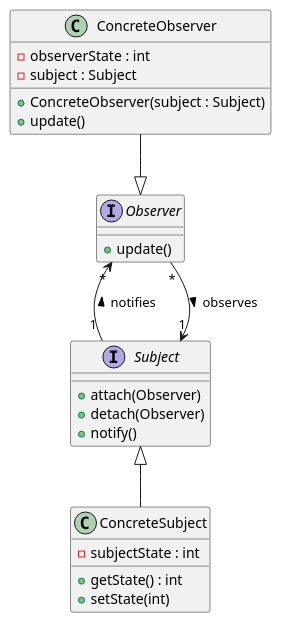
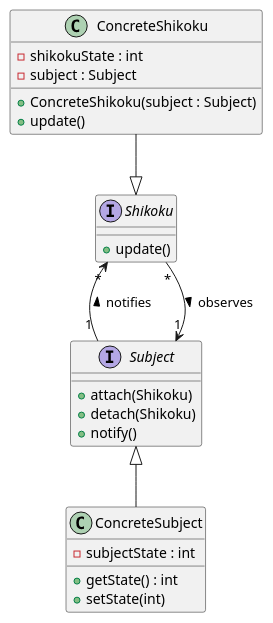
The diagram in dojo-dungeon/todo-assets/Fragen_Pattern/UML_Klassendiagramm6_source.pu (Dungeon-CampusMinden/Dungeon), drawn with PlantUML before and after one commit. The commit also changed 1 other file, not shown here.

Commit message:
modified:   dojo-dungeon/todo-assets/Fragen_Pattern/UML_Klassendiagramm6.png (names fixed) modified:   dojo-dungeon/todo-assets/Fragen_Pattern/UML_Klassendiagramm6_source.pu (names fixed)

```diff
--- a/dojo-dungeon/todo-assets/Fragen_Pattern/UML_Klassendiagramm6_source.pu
+++ b/dojo-dungeon/todo-assets/Fragen_Pattern/UML_Klassendiagramm6_source.pu
@@ -1,36 +1,36 @@
 @startuml UML_Klassendiagramm6.png
-' Definition der Interfaces
+' Interface Klassen
 interface Subject {
-    + attach(Observer)
-    + detach(Observer)
+    + attach(Shikoku)
+    + detach(Shikoku)
     + notify()
 }
 
-interface Observer {
+interface Shikoku {
     + update()
 }
 
-' Definition der konkreten Klassen
+' Konkrete Klassen
 class ConcreteSubject {
     - subjectState : int
     + getState() : int
     + setState(int)
 }
 
-class ConcreteObserver {
-    - observerState : int
+class ConcreteShikoku {
+    - shikokuState : int
     - subject : Subject
-    + ConcreteObserver(subject : Subject)
+    + ConcreteShikoku(subject : Subject)
     + update()
 }
 
 ' Vererbungen
-ConcreteObserver --|> Observer
+ConcreteShikoku --|> Shikoku
 Subject <|-- ConcreteSubject
 
 ' Assoziationen
-Observer -[hidden]- Subject
-Observer "*" <-- "1" Subject : notifies <
-Observer -[hidden]- Subject
-Observer "*" --> "1" Subject : observes >
+Shikoku -[hidden]- Subject
+Shikoku "*" <-- "1" Subject : notifies <
+Shikoku -[hidden]- Subject
+Shikoku "*" --> "1" Subject : observes >
 @enduml
```
